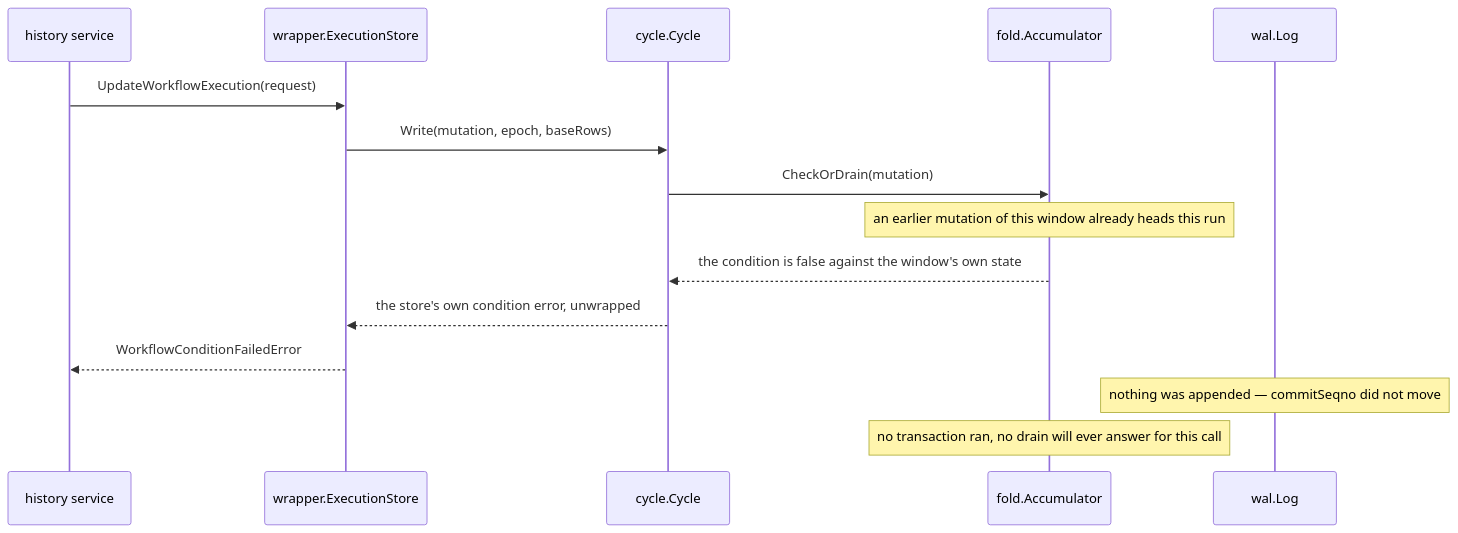
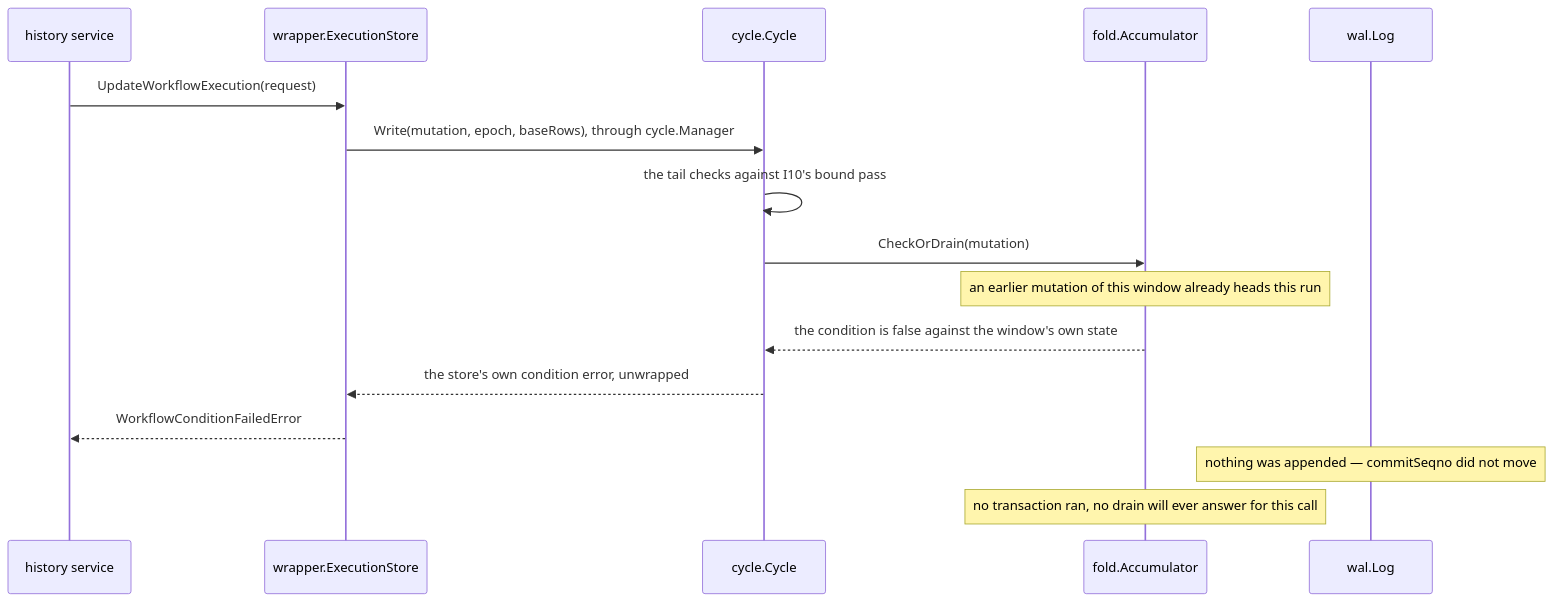
One commit to aromanovich/waltz changed the fifth of 10 diagrams in docs/handbook/05-write-path.md. Above: the diagram before and after it, drawn with Mermaid. The commit also changed other lines of this file and 42 other files, not shown here.

````diff
--- a/docs/handbook/05-write-path.md
+++ b/docs/handbook/05-write-path.md
@@ -337,18 +344,19 @@
 ```mermaid
 sequenceDiagram
   participant HS as history service
   participant ES as wrapper.ExecutionStore
   participant CY as cycle.Cycle
   participant ACC as fold.Accumulator
   participant LOG as wal.Log
 
   HS->>ES: UpdateWorkflowExecution(request)
-  ES->>CY: Write(mutation, epoch, baseRows)
+  ES->>CY: Write(mutation, epoch, baseRows), through cycle.Manager
+  CY->>CY: the tail checks against I10's bound pass
   CY->>ACC: CheckOrDrain(mutation)
   Note over ACC: an earlier mutation of this window already heads this run
   ACC-->>CY: the condition is false against the window's own state
   CY-->>ES: the store's own condition error, unwrapped
   ES-->>HS: WorkflowConditionFailedError
   Note over LOG: nothing was appended — commitSeqno did not move
   Note over ACC: no transaction ran, no drain will ever answer for this call
 ```
````
